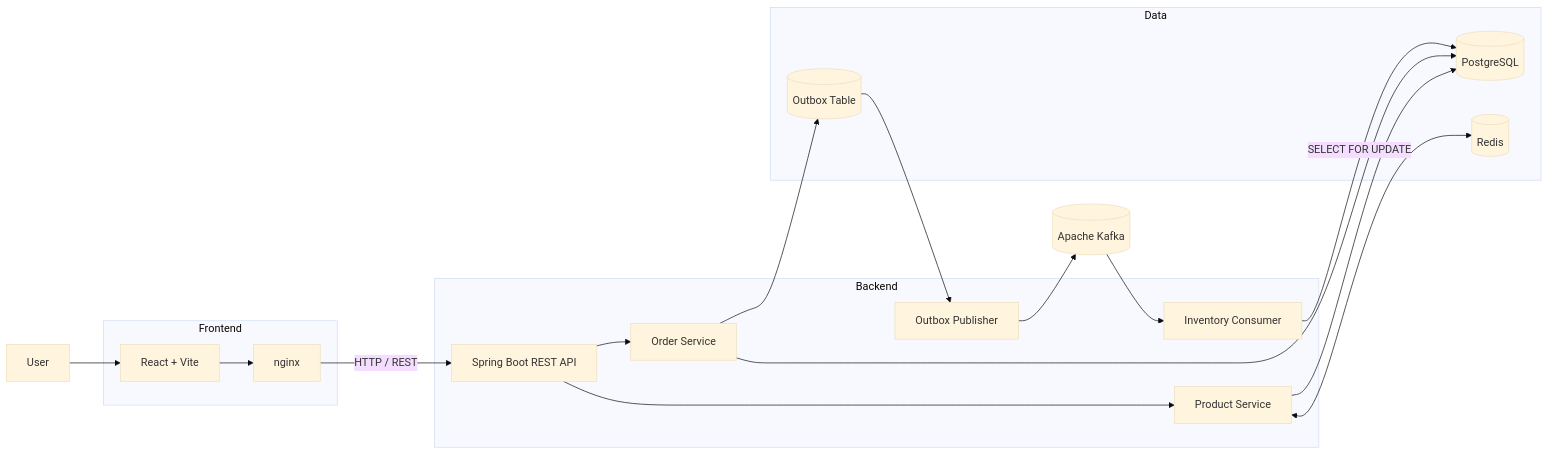
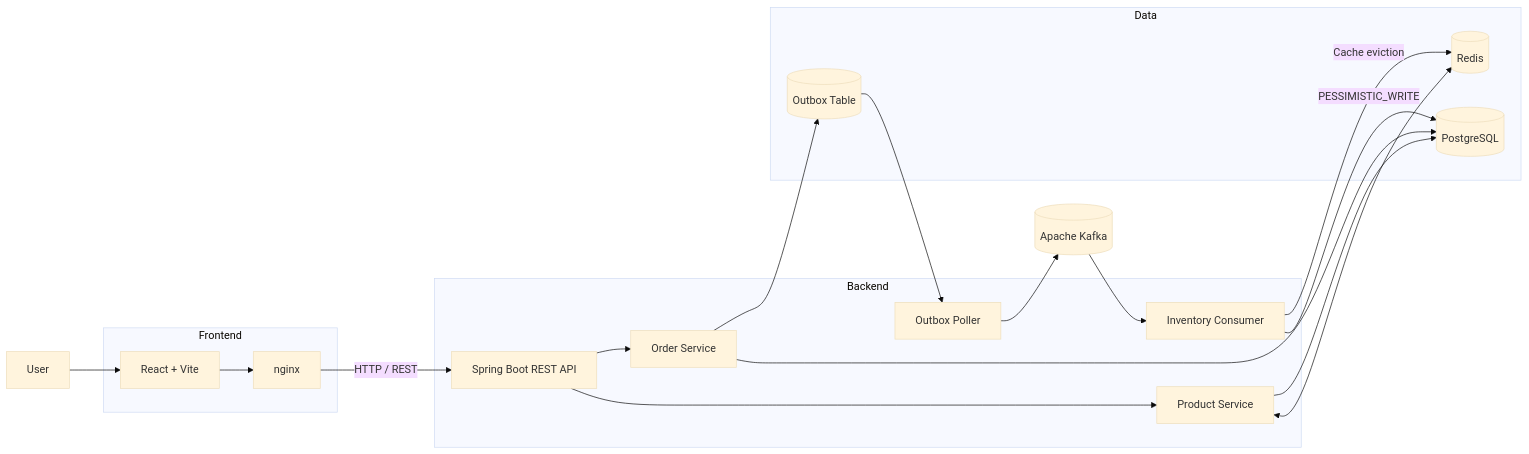
One commit to azim-haffar/OrderFlow changed the diagram in README.md. Above: the diagram before and after it, drawn with Mermaid (base theme). The commit also changed other lines of this file, not shown here.

````diff
--- a/README.md
+++ b/README.md
@@ -95,45 +100,46 @@
 ```mermaid
 flowchart LR
 
     U[User]
 
     subgraph Frontend
         R[React + Vite]
         N[nginx]
     end
 
     subgraph Backend
         API[Spring Boot REST API]
         PS[Product Service]
         OS[Order Service]
-        OP[Outbox Publisher]
+        OP[Outbox Poller]
         INV[Inventory Consumer]
     end
 
     subgraph Data
         PG[(PostgreSQL)]
         RD[(Redis)]
         OB[(Outbox Table)]
     end
 
     K[(Apache Kafka)]
 
     U --> R
     R --> N
     N -->|HTTP / REST| API
 
     API --> PS
     API --> OS
 
     PS <--> RD
     PS --> PG
 
     OS --> PG
     OS --> OB
 
     OB --> OP
     OP --> K
 
     K --> INV
-    INV -->|SELECT FOR UPDATE| PG
+    INV -->|PESSIMISTIC_WRITE| PG
+    INV -->|Cache eviction| RD
 ```
````
